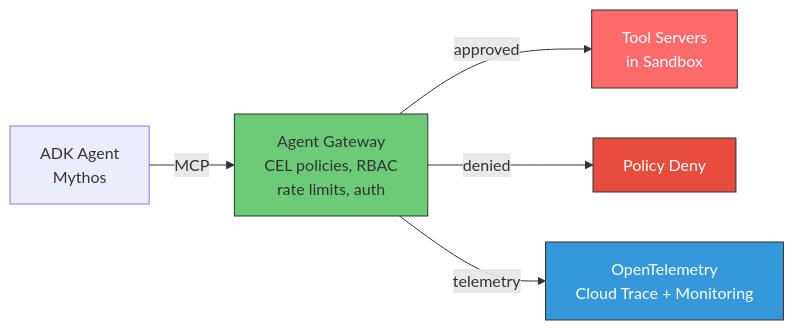
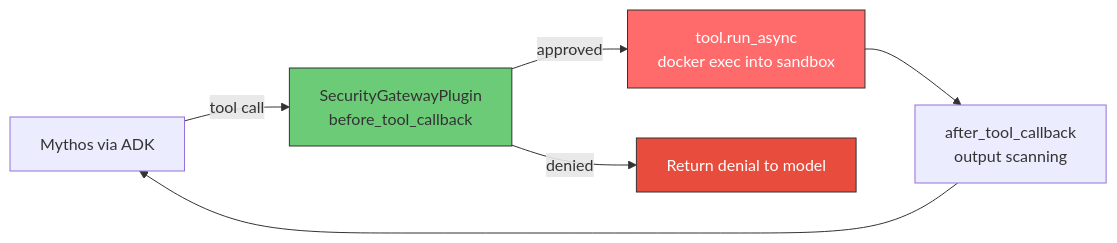
The eighth of 12 diagrams in APPROACH.md (prashantkul/anthropic-mythos-on-gcp), drawn with Mermaid before and after one commit. The commit also changed other lines of this file and 2 other files, not shown here.

First line of the commit message:
Clarify Ring 6: SecurityGatewayPlugin for local tools, Agent Gateway for future MCP

````diff
--- a/APPROACH.md
+++ b/APPROACH.md
@@ -440,12 +440,12 @@
 ```mermaid
 graph LR
-    ADK[ADK Agent\nMythos] -->|MCP| AGW[Agent Gateway\nCEL policies, RBAC\nrate limits, auth]
-    AGW -->|approved| TOOLS[Tool Servers\nin Sandbox]
-    AGW -->|denied| DENY[Policy Deny]
-    AGW -->|telemetry| OTEL[OpenTelemetry\nCloud Trace + Monitoring]
+    M[Mythos via ADK] -->|tool call| PLUGIN[SecurityGatewayPlugin\nbefore_tool_callback]
+    PLUGIN -->|approved| TOOL[tool.run_async\ndocker exec into sandbox]
+    PLUGIN -->|denied| DENY[Return denial to model]
+    TOOL --> AFTER[after_tool_callback\noutput scanning]
+    AFTER --> M
 
-    style AGW fill:#6bcb77,stroke:#333
-    style TOOLS fill:#ff6b6b,stroke:#333,color:#fff
+    style PLUGIN fill:#6bcb77,stroke:#333
+    style TOOL fill:#ff6b6b,stroke:#333,color:#fff
     style DENY fill:#e74c3c,stroke:#333,color:#fff
-    style OTEL fill:#3498db,stroke:#333,color:#fff
 ```
````
